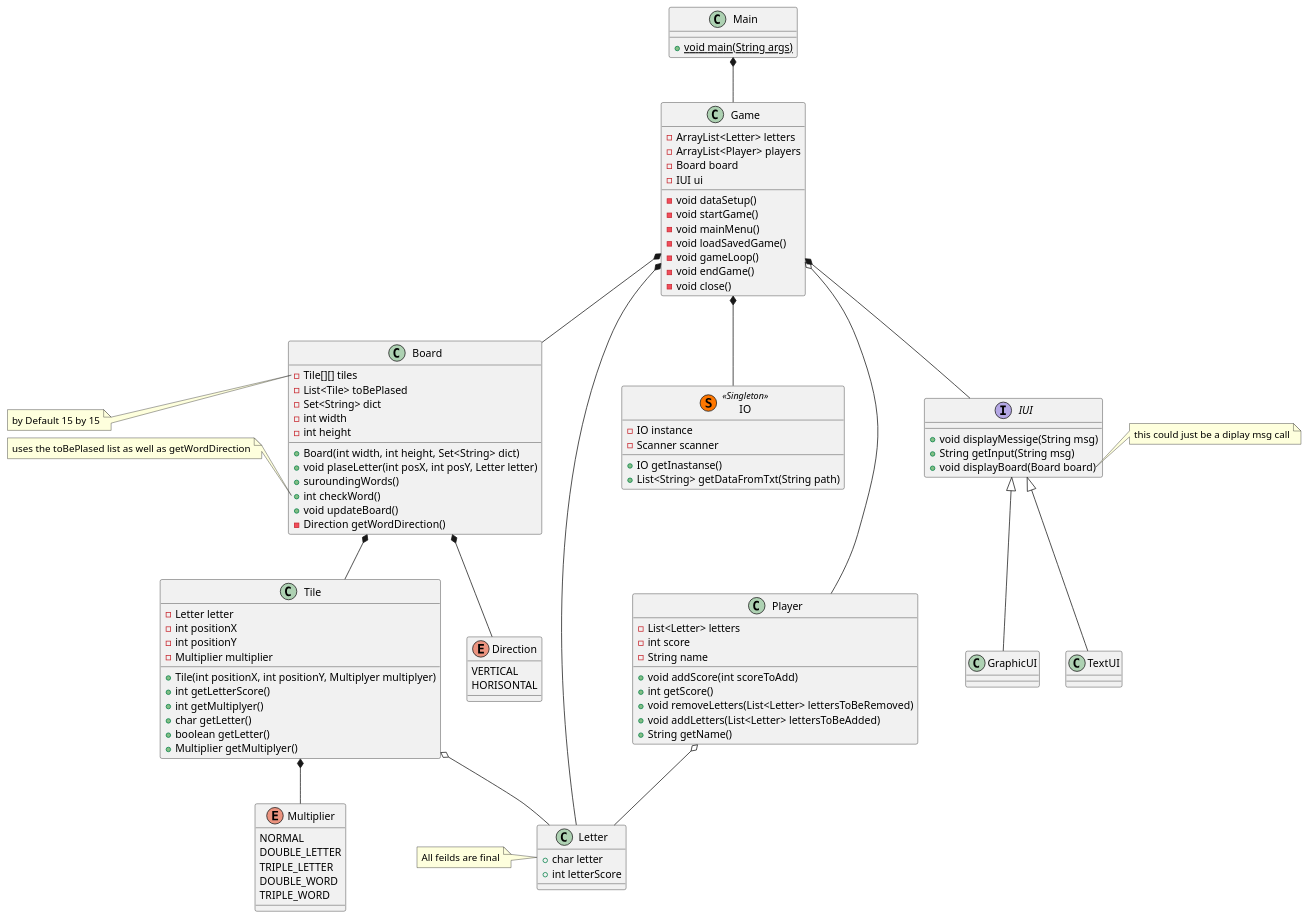
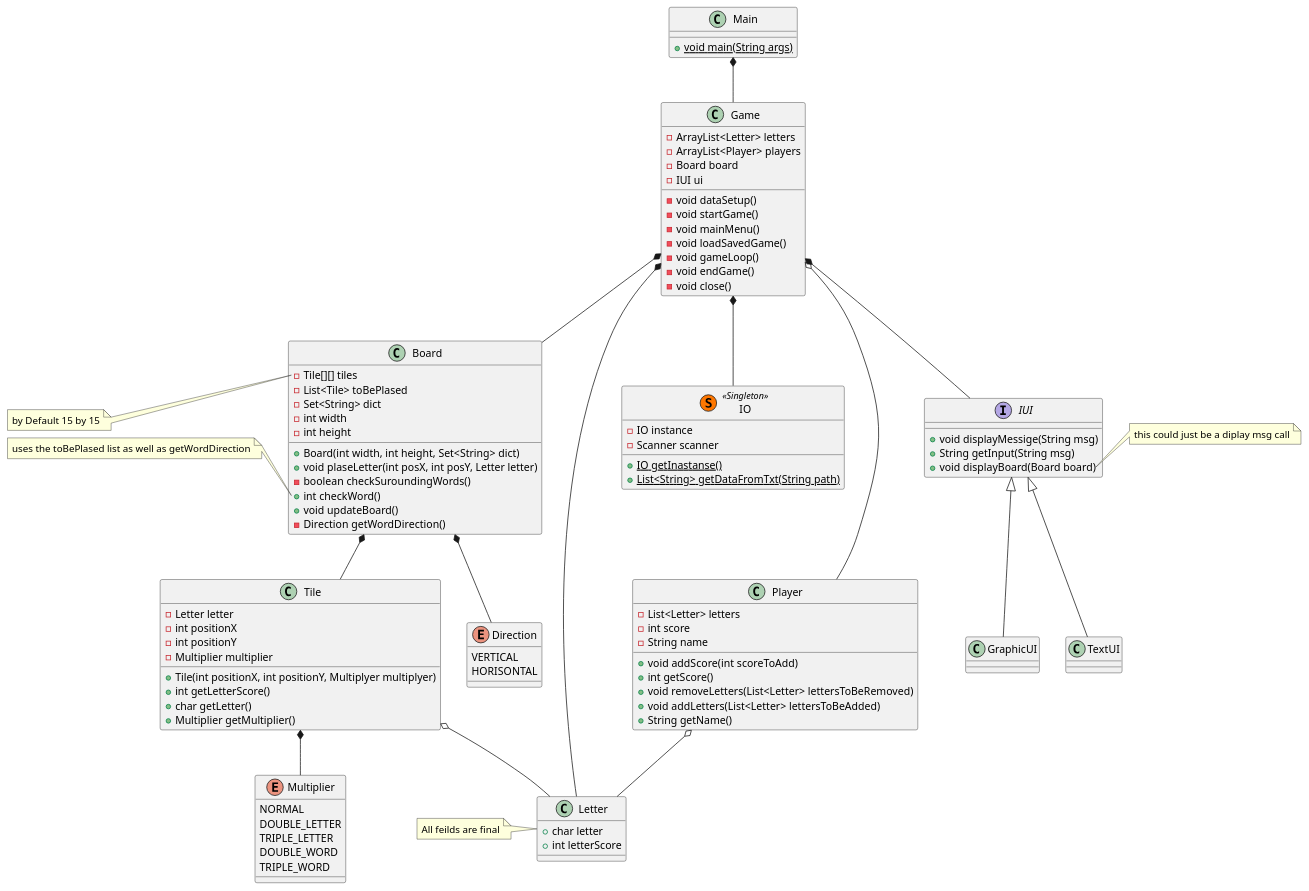
One commit to cph-dh223/ICE changed the diagram in doc/classdiagram.puml. Above: the diagram before and after it, drawn with PlantUML. The commit also changed 10 other files, not shown here.

```diff
--- a/doc/classdiagram.puml
+++ b/doc/classdiagram.puml
@@ -1,125 +1,123 @@
-@startuml
+@startuml classDiagram
 
 class Main{
     +{static} void main(String args)
 }
 
 class Game{
     - ArrayList<Letter> letters
     - ArrayList<Player> players
     - Board board
     - IUI ui
 
     - void dataSetup()
     - void startGame()
     - void mainMenu()
     - void loadSavedGame()
     - void gameLoop()
     - void endGame()
     - void close()
 }
 interface IUI{
     + void displayMessige(String msg)
     + String getInput(String msg)
     + void displayBoard(Board board)
 }
 note right of IUI::displayBoard
     this could just be a diplay msg call
 end note
 
 class GraphicUI{}
 
 class TextUI{}
 
 class IO << (S,#FF7700) Singleton >>{
     - IO instance
     - Scanner scanner
 
-    + IO getInastanse()
-    + List<String> getDataFromTxt(String path)
+    + {static} IO getInastanse()
+    + {static} List<String> getDataFromTxt(String path)
 }
 
 class Tile{
     - Letter letter
     - int positionX 
     - int positionY
     - Multiplier multiplier
 
     + Tile(int positionX, int positionY, Multiplyer multiplyer)
     + int getLetterScore()
-    + int getMultiplyer()
     + char getLetter()
-    + boolean getLetter()
-    + Multiplier getMultiplyer()
+    + Multiplier getMultiplier()
 }
 enum Multiplier {
     NORMAL
     DOUBLE_LETTER
     TRIPLE_LETTER
     DOUBLE_WORD
     TRIPLE_WORD
 }
 
 class Board{
     - Tile[][] tiles
     - List<Tile> toBePlased
     - Set<String> dict
     - int width
     - int height
 
     + Board(int width, int height, Set<String> dict)
     + void plaseLetter(int posX, int posY, Letter letter)
-    + suroundingWords()
+    - boolean checkSuroundingWords()
     + int checkWord()
     + void updateBoard()
     - Direction getWordDirection()
 }
 
 enum Direction{
     VERTICAL
     HORISONTAL
 }
 
 note left of Board::tiles
     by Default 15 by 15
 end note
 note left of Board::checkWord
     uses the toBePlased list as well as getWordDirection
 end note
 
 class Player{
     - List<Letter> letters
     - int score
     - String name
 
     + void addScore(int scoreToAdd)
     + int getScore()
     + void removeLetters(List<Letter> lettersToBeRemoved)
     + void addLetters(List<Letter> lettersToBeAdded)
     + String getName()
 
 }
 
 class Letter{
     + char letter
     + int letterScore
 }
 note left of Letter
     All feilds are final
 end note
 
 Main *-- Game
 Game o-- Player
 Game *-- Board 
 Board *-- Tile
 Board *-- Direction
 Game *-- Letter
 Player o-- Letter
 Game *-- IUI
 Game *-- IO
 IUI <|-- TextUI
 IUI <|-- GraphicUI
 Tile o-- Letter
 Tile *-- Multiplier
   
 @enduml
```
